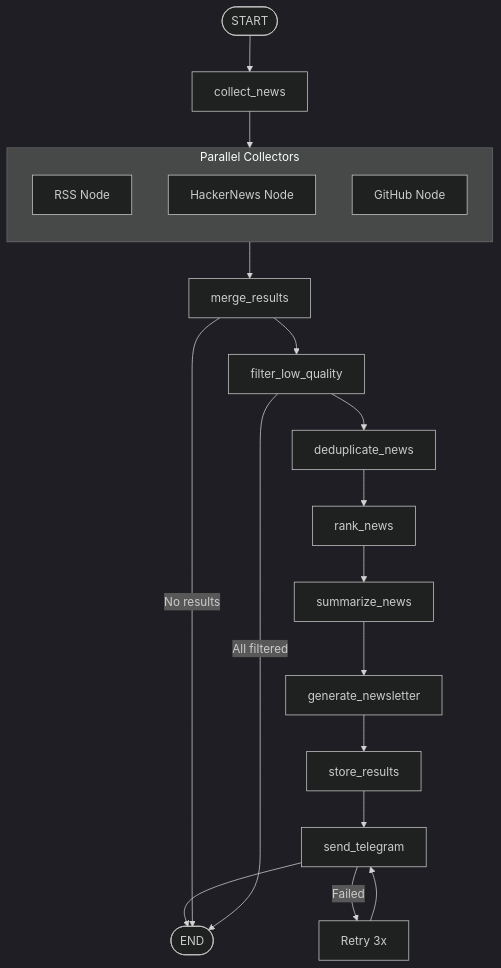
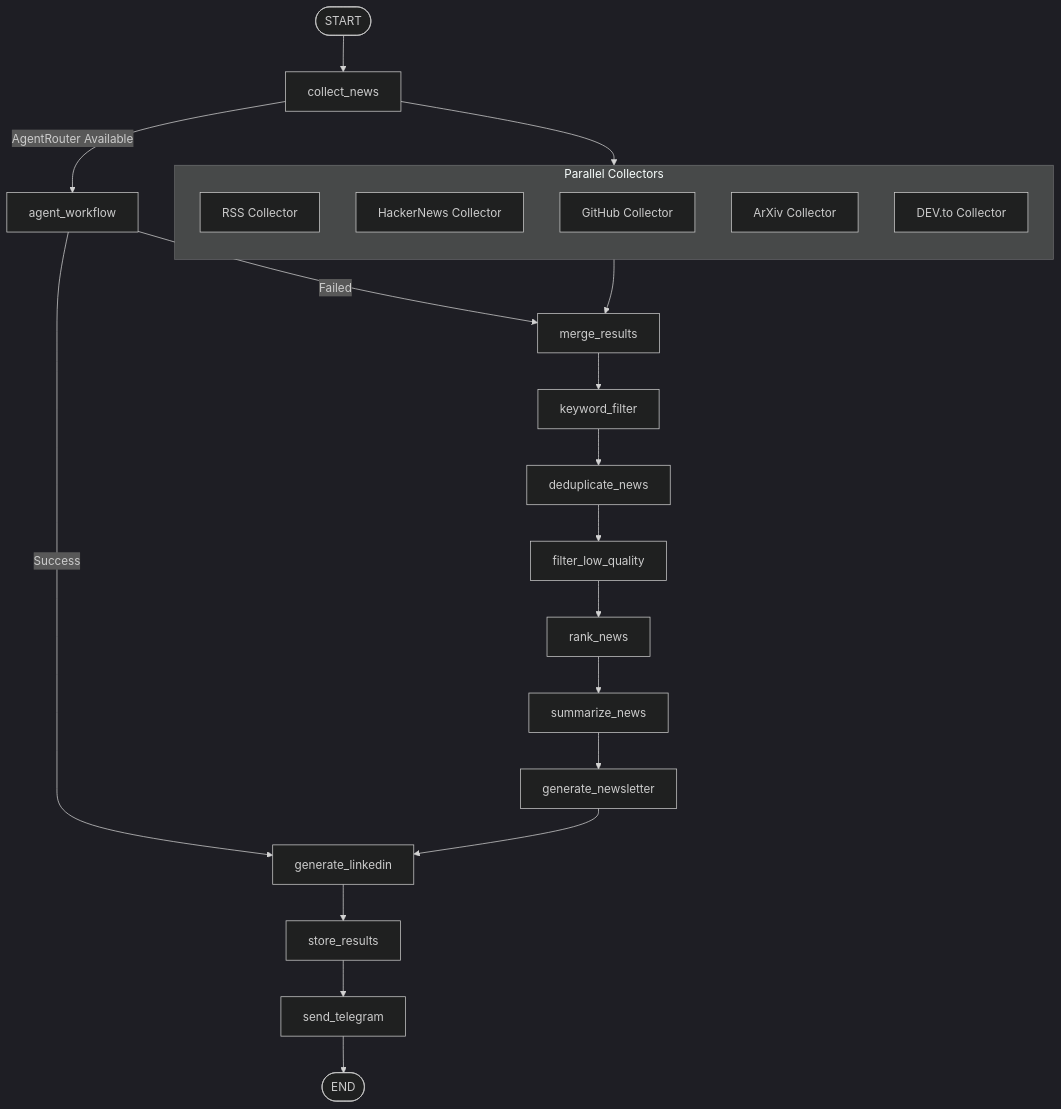
One commit to himanshu231204/ai-news-intelligence changed the second of 9 diagrams in docs/ARCHITECTURE.md. Above: the diagram before and after it, drawn with Mermaid (dark theme). The commit also changed other lines of this file and 8 other files, not shown here.

First line of the commit message:
Enhance architecture and deployment documentation; optimize Dockerfile and Render configuration

````diff
--- a/docs/ARCHITECTURE.md
+++ b/docs/ARCHITECTURE.md
@@ -169,36 +77,41 @@
 ```mermaid
-flowchart TB
+flowchart TD
     START([START]) --> COLLECT[collect_news]
     
-    subgraph Parallel_Collectors["Parallel Collectors"]
+    subgraph Collectors_Pipeline["Parallel Collectors"]
         direction TB
-        PC1[RSS Node]
-        PC2[HackerNews Node]
-        PC3[GitHub Node]
+        C1[RSS Collector]
+        C2[HackerNews Collector]
+        C3[GitHub Collector]
+        C4[ArXiv Collector]
+        C5[DEV.to Collector]
     end
     
-    COLLECT --> Parallel_Collectors
+    COLLECT --> Collectors_Pipeline
     
-    MERGE[merge_results] --> FILTER[filter_low_quality]
-    Parallel_Collectors --> MERGE
+    MERGE[merge_results] --> KF[keyword_filter]
+    Collectors_Pipeline --> MERGE
     
-    FILTER --> DEDUP[deduplicate_news]
+    KF --> DN[deduplicate_news]
     
-    DEDUP --> RANK[rank_news]
+    DN --> FN[filter_low_quality]
     
-    RANK --> SUMMARIZE[summarize_news]
+    FN --> RN[rank_news]
     
-    SUMMARIZE --> GENERATE[generate_newsletter]
+    RN --> SN[summarize_news]
     
-    GENERATE --> STORE[store_results]
+    SN --> NLG[generate_newsletter]
+    
+    NLG --> LNL[generate_linkedin]
+    
+    LNL --> STORE[store_results]
     
     STORE --> TELEGRAM[send_telegram]
     
     TELEGRAM --> END([END])
     
-    %% Conditional Edges
-    MERGE -->|No results| END
-    FILTER -->|All filtered| END
-    TELEGRAM -->|Failed| RETRY[Retry 3x]
-    RETRY --> TELEGRAM
+    %% AgentRouter Path
+    COLLECT -->|AgentRouter Available| AGENT[agent_workflow]
+    AGENT -->|Success| LNL
+    AGENT -->|Failed| MERGE
 ```
````
